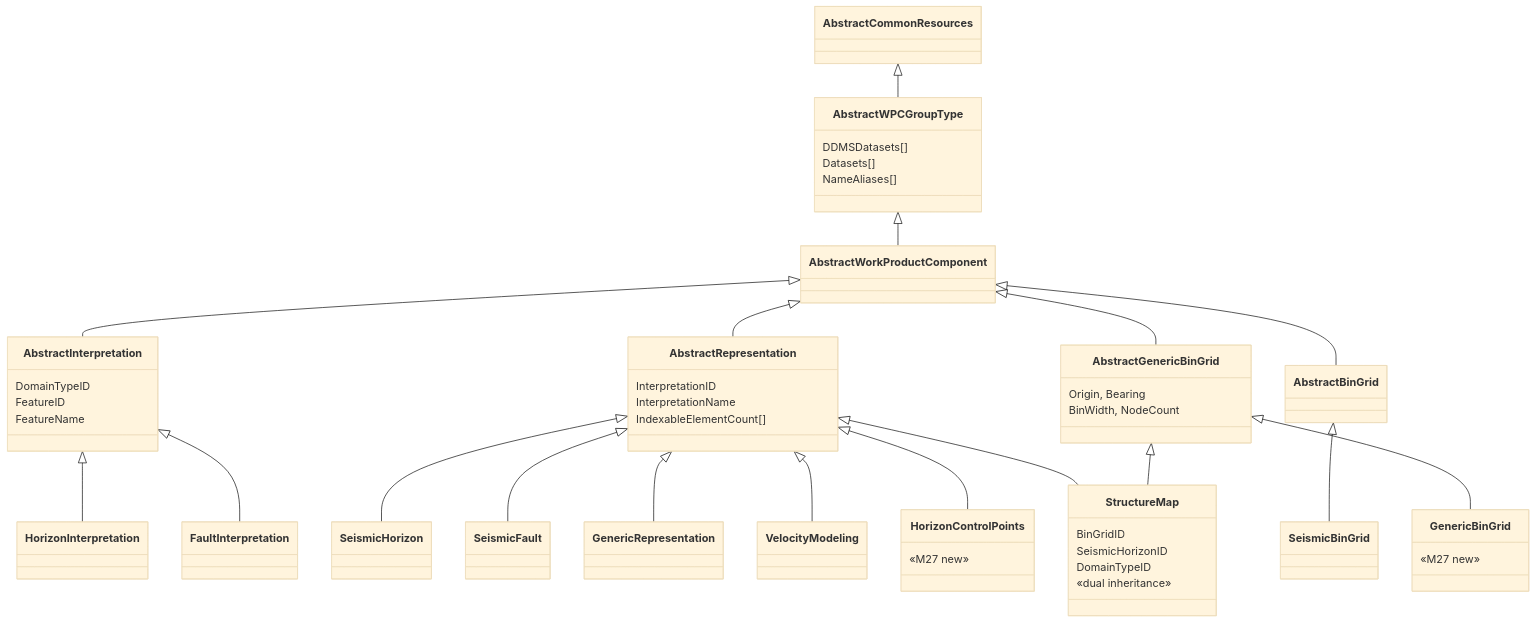
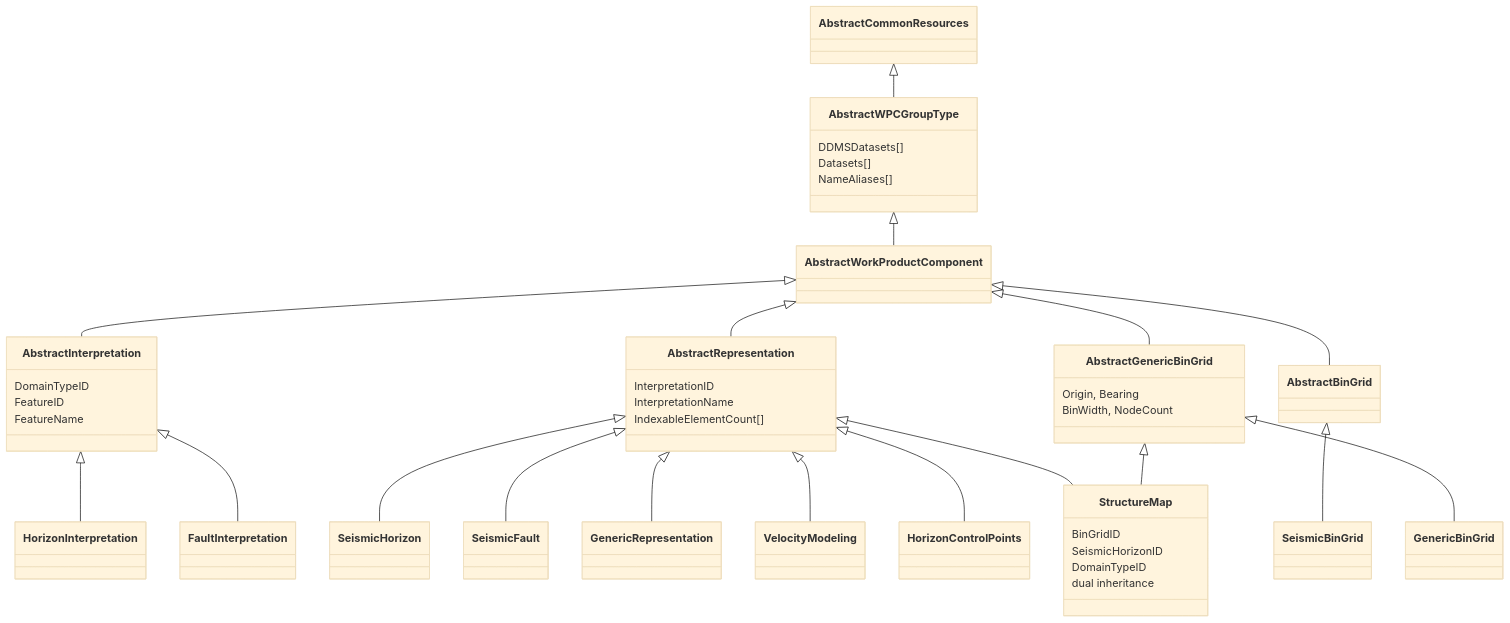
Before and after one commit to marcusapel/ores: the second of 8 diagrams in md/SeisInt.md, drawn with Mermaid (base theme). The commit also changed other lines of this file and 7 other files, not shown here.

````diff
--- a/md/SeisInt.md
+++ b/md/SeisInt.md
@@ -61,58 +59,52 @@
 ```mermaid
 classDiagram
     direction TB
 
     AbstractCommonResources <|-- AbstractWPCGroupType
     AbstractWPCGroupType <|-- AbstractWorkProductComponent
 
     AbstractWorkProductComponent <|-- AbstractInterpretation
     AbstractInterpretation <|-- HorizonInterpretation
     AbstractInterpretation <|-- FaultInterpretation
 
     AbstractWorkProductComponent <|-- AbstractRepresentation
     AbstractRepresentation <|-- SeismicHorizon
     AbstractRepresentation <|-- SeismicFault
     AbstractRepresentation <|-- GenericRepresentation
     AbstractRepresentation <|-- VelocityModeling
     AbstractRepresentation <|-- HorizonControlPoints
     AbstractRepresentation <|-- StructureMap
     AbstractGenericBinGrid <|-- StructureMap
 
     AbstractWorkProductComponent <|-- AbstractBinGrid
     AbstractBinGrid <|-- SeismicBinGrid
 
     AbstractWorkProductComponent <|-- AbstractGenericBinGrid
     AbstractGenericBinGrid <|-- GenericBinGrid
 
     class AbstractWPCGroupType {
         DDMSDatasets[]
         Datasets[]
         NameAliases[]
     }
     class AbstractInterpretation {
         DomainTypeID
         FeatureID
         FeatureName
     }
     class AbstractRepresentation {
         InterpretationID
         InterpretationName
         IndexableElementCount[]
     }
     class AbstractGenericBinGrid {
         Origin, Bearing
         BinWidth, NodeCount
     }
     class StructureMap {
         BinGridID
         SeismicHorizonID
         DomainTypeID
-        «dual inheritance»
-    }
-    class HorizonControlPoints {
-        «M27 new»
-    }
-    class GenericBinGrid {
-        «M27 new»
+        dual inheritance
     }
 ```
````
